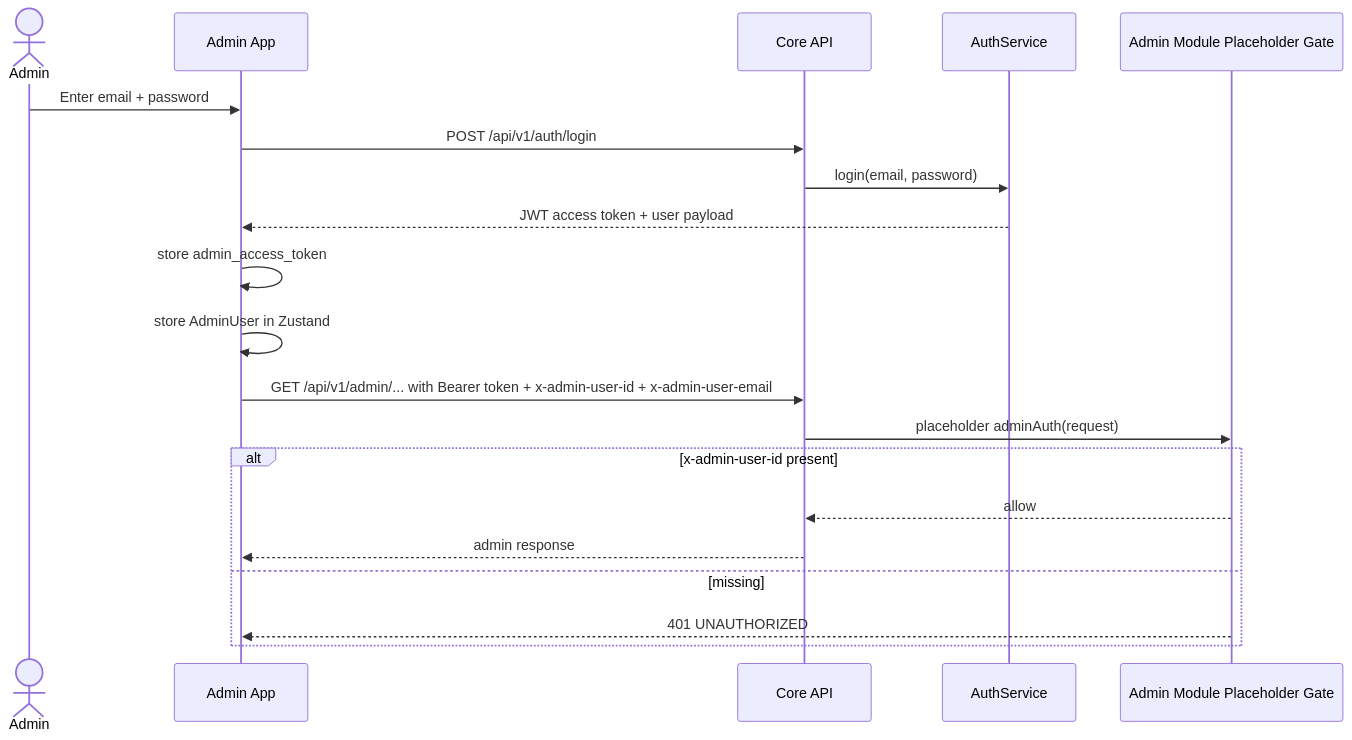
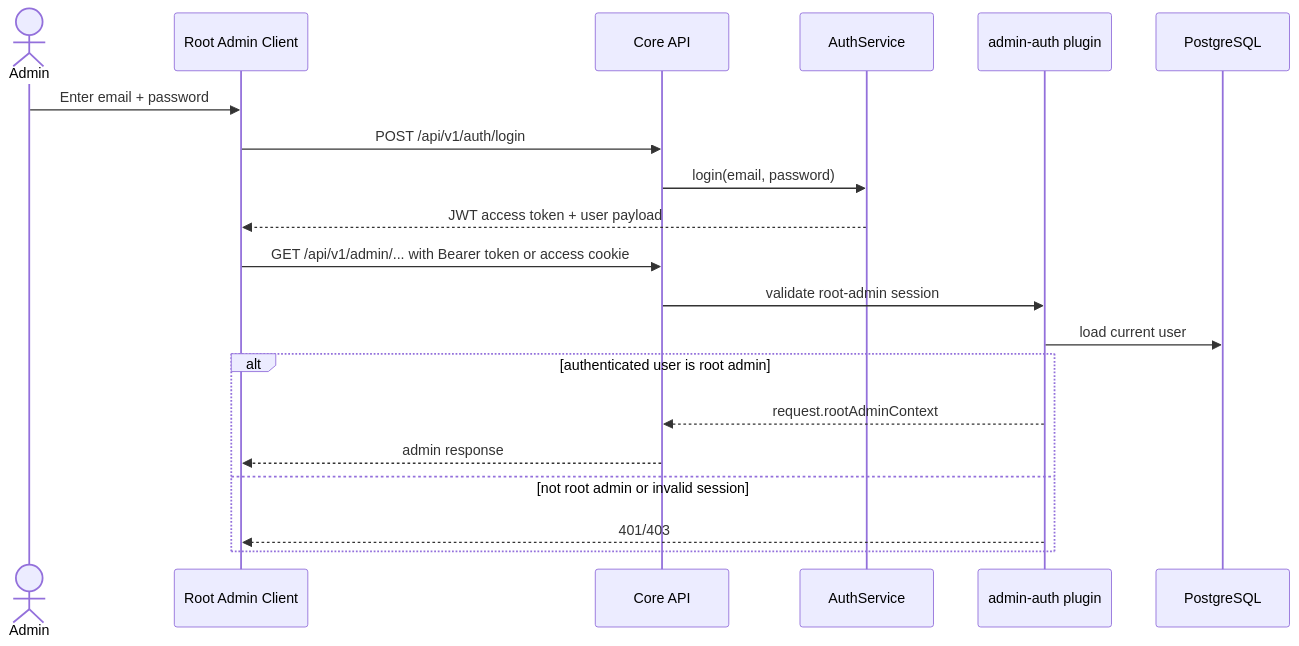
Before and after one commit to derek-dorazio/pool-master: the fourth of 6 diagrams in docs/AUTHENTICATION-AUTHORIZATION.md, drawn with Mermaid. The commit also changed other lines of this file and 97 other files, not shown here.

Commit message:
Clean service stack drift and finish My Account profile flows

````diff
--- a/docs/AUTHENTICATION-AUTHORIZATION.md
+++ b/docs/AUTHENTICATION-AUTHORIZATION.md
@@ -321,23 +314,23 @@
 ```mermaid
 sequenceDiagram
     actor Admin
-    participant UI as Admin App
+    participant UI as Root Admin Client
     participant API as Core API
     participant Auth as AuthService
-    participant AdminRoutes as Admin Module Placeholder Gate
+    participant AdminPlugin as admin-auth plugin
+    participant DB as PostgreSQL
 
     Admin->>UI: Enter email + password
     UI->>API: POST /api/v1/auth/login
     API->>Auth: login(email, password)
     Auth-->>UI: JWT access token + user payload
-    UI->>UI: store admin_access_token
-    UI->>UI: store AdminUser in Zustand
-    UI->>API: GET /api/v1/admin/... with Bearer token + x-admin-user-id + x-admin-user-email
-    API->>AdminRoutes: placeholder adminAuth(request)
-    alt x-admin-user-id present
-        AdminRoutes-->>API: allow
+    UI->>API: GET /api/v1/admin/... with Bearer token or access cookie
+    API->>AdminPlugin: validate root-admin session
+    AdminPlugin->>DB: load current user
+    alt authenticated user is root admin
+        AdminPlugin-->>API: request.rootAdminContext
         API-->>UI: admin response
-    else missing
-        AdminRoutes-->>UI: 401 UNAUTHORIZED
+    else not root admin or invalid session
+        AdminPlugin-->>UI: 401/403
     end
 ```
````
